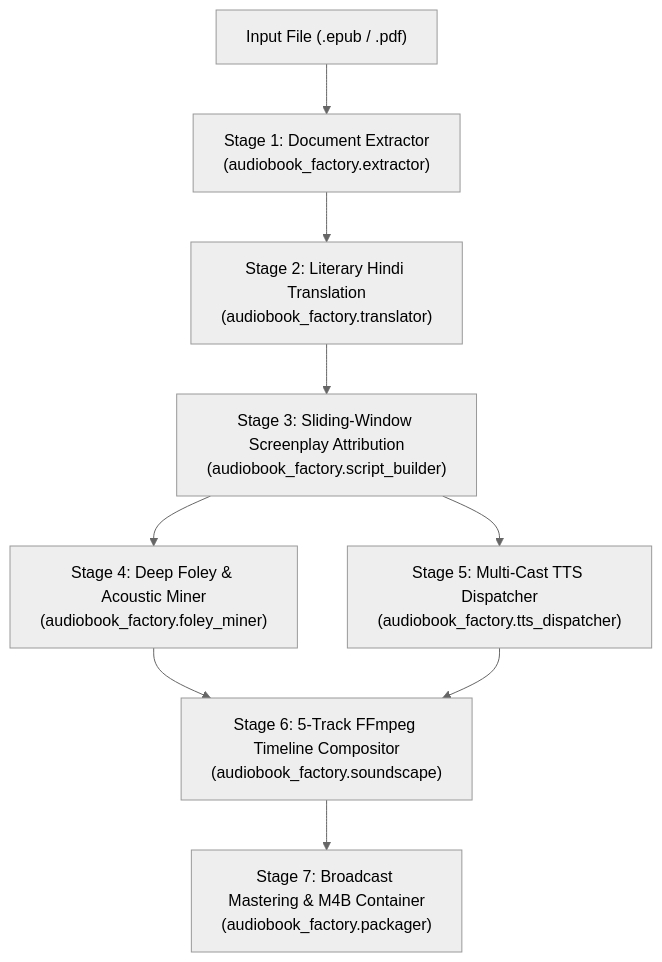
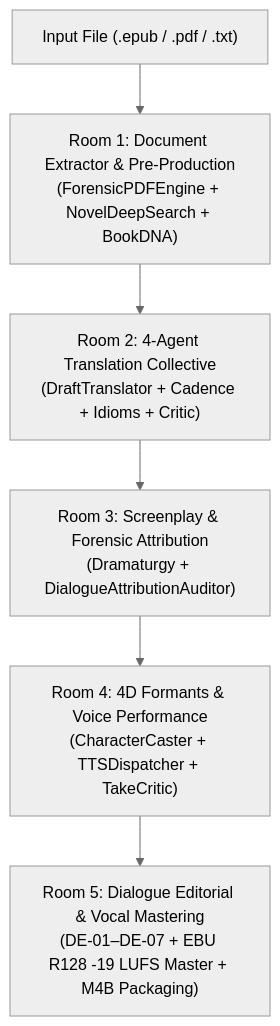
Before and after one commit to naksh-07/audiobook-maker: the diagram in .agents/skills/novel-audiobook-factory/SKILL.md, drawn with Mermaid (neutral theme). The commit also changed other lines of this file and 14 other files, not shown here.

````diff
--- a/.agents/skills/novel-audiobook-factory/SKILL.md
+++ b/.agents/skills/novel-audiobook-factory/SKILL.md
@@ -39,10 +44,8 @@
 ```mermaid
 flowchart TD
-    A["Input File (.epub / .pdf)"] --> B["Stage 1: Document Extractor<br/>(audiobook_factory.extractor)"]
-    B --> C["Stage 2: Literary Hindi Translation<br/>(audiobook_factory.translator)"]
-    C --> D["Stage 3: Sliding-Window Screenplay Attribution<br/>(audiobook_factory.script_builder)"]
-    D --> E["Stage 4: Deep Foley & Acoustic Miner<br/>(audiobook_factory.foley_miner)"]
-    D --> F["Stage 5: Multi-Cast TTS Dispatcher<br/>(audiobook_factory.tts_dispatcher)"]
-    E & F --> G["Stage 6: 5-Track FFmpeg Timeline Compositor<br/>(audiobook_factory.soundscape)"]
-    G --> H["Stage 7: Broadcast Mastering & M4B Container<br/>(audiobook_factory.packager)"]
+    A["Input File (.epub / .pdf / .txt)"] --> B["Room 1: Document Extractor & Pre-Production<br/>(ForensicPDFEngine + NovelDeepSearch + BookDNA)"]
+    B --> C["Room 2: 4-Agent Translation Collective<br/>(DraftTranslator + Cadence + Idioms + Critic)"]
+    C --> D["Room 3: Screenplay & Forensic Attribution<br/>(Dramaturgy + DialogueAttributionAuditor)"]
+    D --> E["Room 4: 4D Formants & Voice Performance<br/>(CharacterCaster + TTSDispatcher + TakeCritic)"]
+    E --> F["Room 5: Dialogue Editorial & Vocal Mastering<br/>(DE-01–DE-07 + EBU R128 -19 LUFS Master + M4B Packaging)"]
 ```
````
